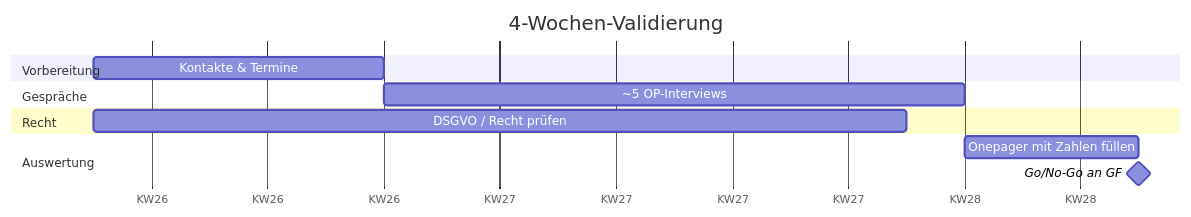
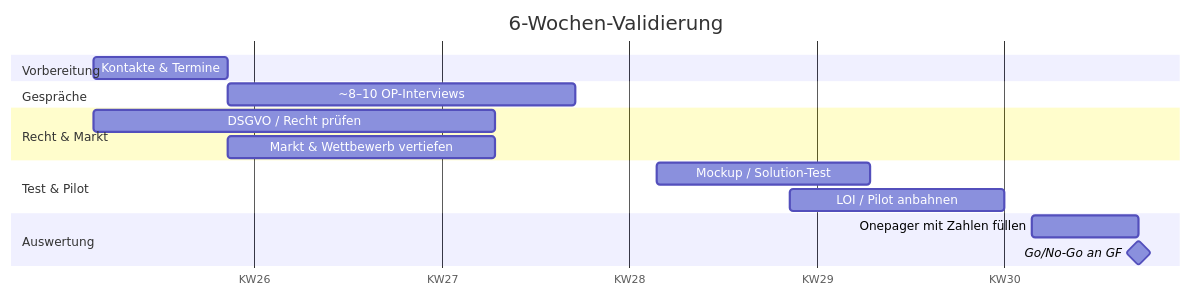
Before and after one commit to Sebastianue/hallo-github: the first of 2 diagrams in gf-onepager.md, drawn with Mermaid. The commit also changed other lines of this file and 7 other files, not shown here.

````diff
--- a/gf-onepager.md
+++ b/gf-onepager.md
@@ -55,15 +55,19 @@
 ```mermaid
 gantt
-    title 4-Wochen-Validierung
+    title 6-Wochen-Validierung
     dateFormat YYYY-MM-DD
     axisFormat KW%V
     section Vorbereitung
-    Kontakte & Termine        :a1, 2026-06-22, 5d
+    Kontakte & Termine          :a1, 2026-06-22, 5d
     section Gespräche
-    ~5 OP-Interviews          :a2, after a1, 10d
-    section Recht
-    DSGVO / Recht prüfen      :a3, 2026-06-22, 14d
+    ~8–10 OP-Interviews         :a2, after a1, 13d
+    section Recht & Markt
+    DSGVO / Recht prüfen        :a3, 2026-06-22, 15d
+    Markt & Wettbewerb vertiefen :a3b, after a1, 10d
+    section Test & Pilot
+    Mockup / Solution-Test      :a4, 2026-07-13, 8d
+    LOI / Pilot anbahnen        :a5, 2026-07-18, 8d
     section Auswertung
-    Onepager mit Zahlen füllen :a4, after a2, 3d
-    Go/No-Go an GF            :milestone, m1, after a4, 0d
+    Onepager mit Zahlen füllen  :a6, 2026-07-27, 4d
+    Go/No-Go an GF              :milestone, m1, after a6, 0d
 ```
````
